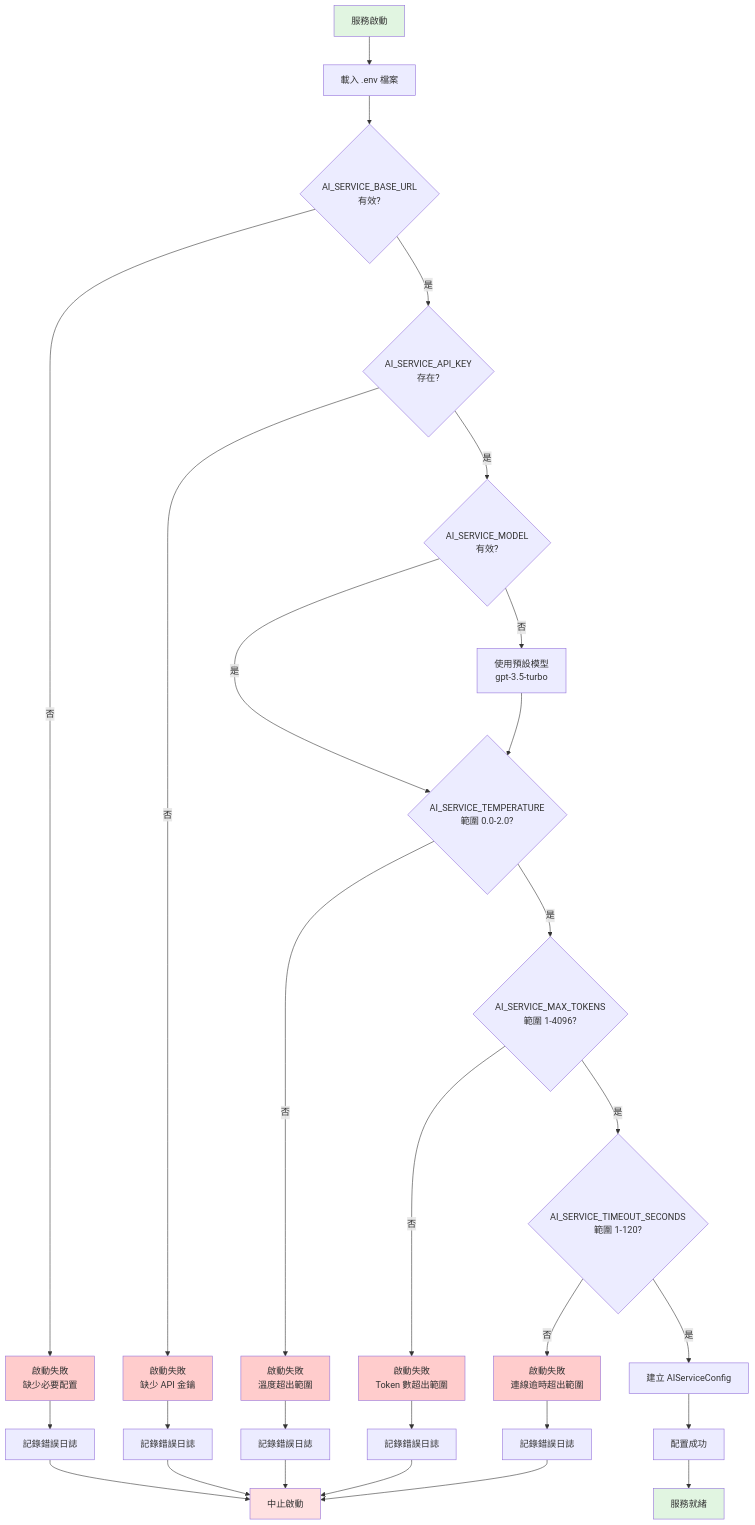
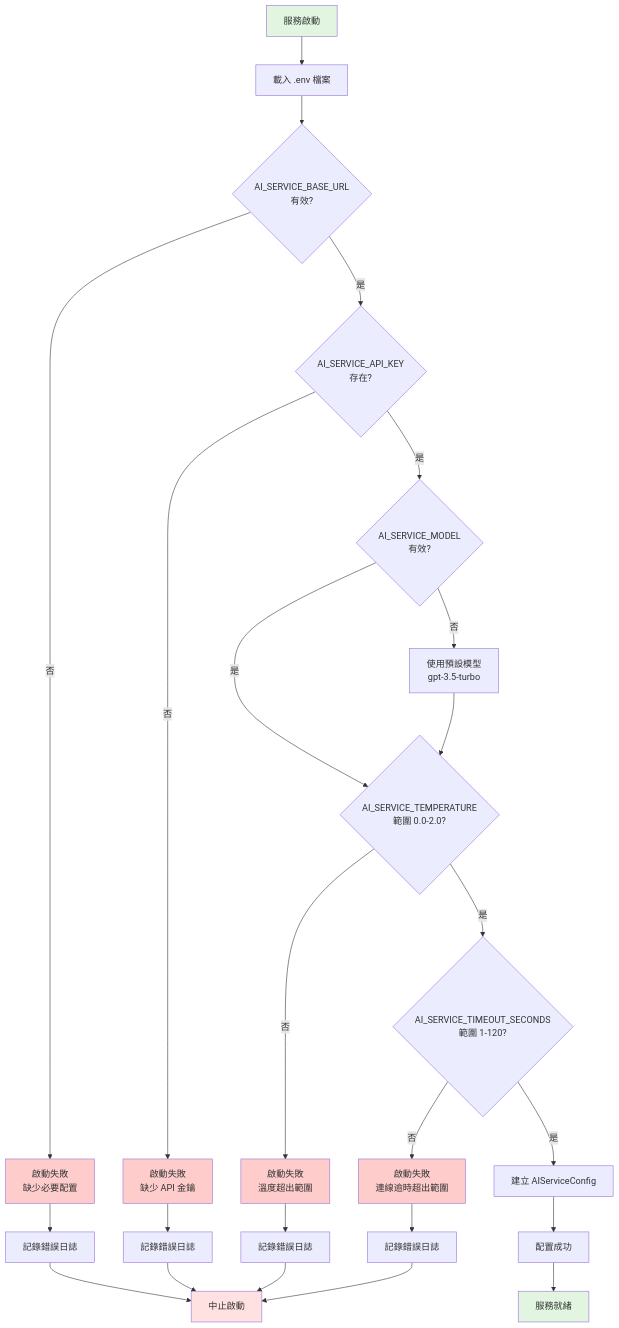
The sixth of 9 diagrams in docs/architecture/ai-chat-flow.md (LaiTszKin/LTDJMS), drawn with Mermaid before and after one commit. The commit also changed other lines of this file and 21 other files, not shown here.

````diff
--- a/docs/architecture/ai-chat-flow.md
+++ b/docs/architecture/ai-chat-flow.md
@@ -332,46 +334,40 @@
 ```mermaid
 flowchart TD
     StartConfig[服務啟動] --> LoadEnv[載入 .env 檔案]
     LoadEnv --> ValidateBaseURL{AI_SERVICE_BASE_URL<br/>有效?}
     ValidateBaseURL -->|否| ConfigError1[啟動失敗<br/>缺少必要配置]
     ValidateBaseURL -->|是| ValidateKey{AI_SERVICE_API_KEY<br/>存在?}
 
     ValidateKey -->|否| ConfigError2[啟動失敗<br/>缺少 API 金鑰]
     ValidateKey -->|是| ValidateModel{AI_SERVICE_MODEL<br/>有效?}
 
     ValidateModel -->|否| UseDefault[使用預設模型<br/>gpt-3.5-turbo]
     ValidateModel -->|是| ValidateTemp{AI_SERVICE_TEMPERATURE<br/>範圍 0.0-2.0?}
 
     UseDefault --> ValidateTemp
     ValidateTemp -->|否| ConfigError3[啟動失敗<br/>溫度超出範圍]
-    ValidateTemp -->|是| ValidateTokens{AI_SERVICE_MAX_TOKENS<br/>範圍 1-4096?}
+    ValidateTemp -->|是| ValidateTimeout{AI_SERVICE_TIMEOUT_SECONDS<br/>範圍 1-120?}
 
-    ValidateTokens -->|否| ConfigError4[啟動失敗<br/>Token 數超出範圍]
-    ValidateTokens -->|是| ValidateTimeout{AI_SERVICE_TIMEOUT_SECONDS<br/>範圍 1-120?}
-
-    ValidateTimeout -->|否| ConfigError5[啟動失敗<br/>連線逾時超出範圍]
+    ValidateTimeout -->|否| ConfigError4[啟動失敗<br/>連線逾時超出範圍]
     ValidateTimeout -->|是| CreateConfig[建立 AIServiceConfig]
 
     CreateConfig --> Success[配置成功]
     ConfigError1 --> Fail1[記錄錯誤日誌]
     ConfigError2 --> Fail2[記錄錯誤日誌]
     ConfigError3 --> Fail3[記錄錯誤日誌]
     ConfigError4 --> Fail4[記錄錯誤日誌]
-    ConfigError5 --> Fail5[記錄錯誤日誌]
 
     Fail1 --> Abort[中止啟動]
     Fail2 --> Abort
     Fail3 --> Abort
     Fail4 --> Abort
-    Fail5 --> Abort
     Success --> Ready[服務就緒]
 
     style StartConfig fill:#e1f5e1
     style Ready fill:#e1f5e1
     style Abort fill:#ffe1e1
     style ConfigError1 fill:#ffcccc
     style ConfigError2 fill:#ffcccc
     style ConfigError3 fill:#ffcccc
     style ConfigError4 fill:#ffcccc
-    style ConfigError5 fill:#ffcccc
 ```
````
